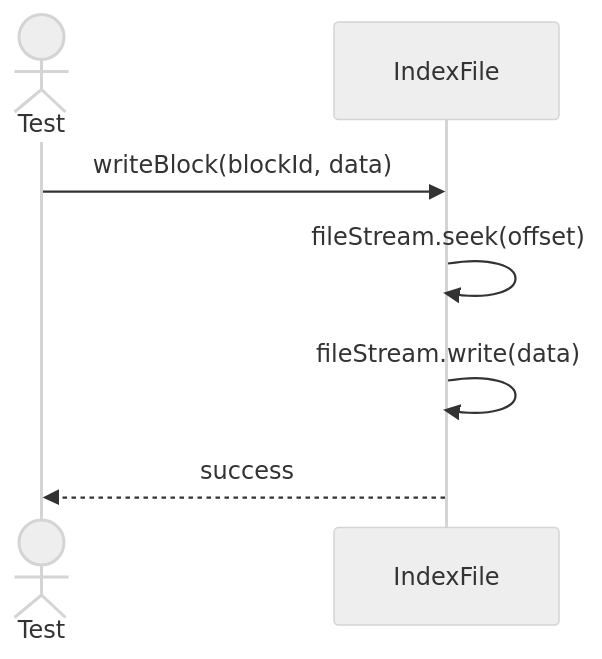
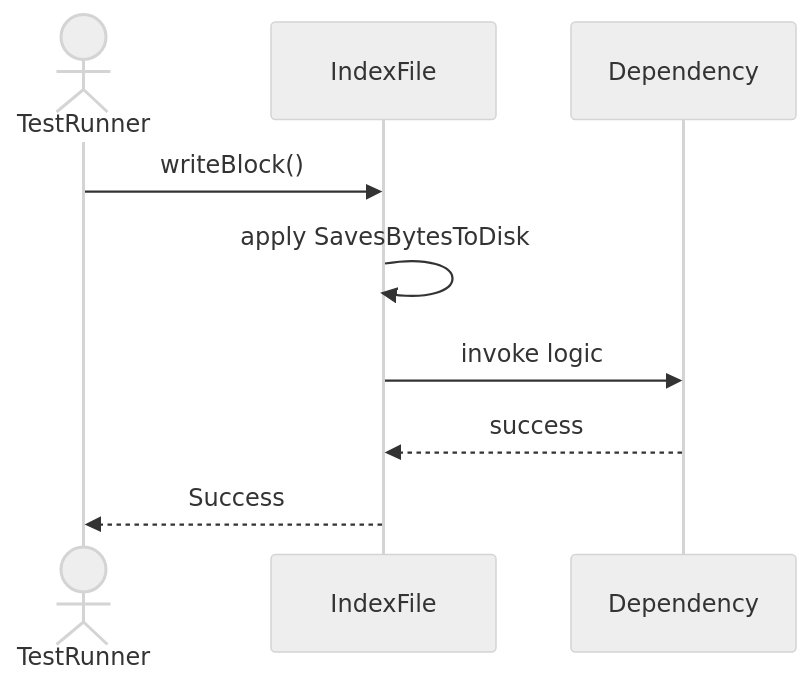
One commit to TamBui1706/DBMS changed the second of 5 diagrams in Sequences/StorageEngine/IndexFile.md. Above: the diagram before and after it, drawn with Mermaid (neutral theme). The commit also changed other lines of this file and 63 other files, not shown here.

Commit message:
Draw sequence diagram for unit tests

````diff
--- a/Sequences/StorageEngine/IndexFile.md
+++ b/Sequences/StorageEngine/IndexFile.md
@@ -26,10 +31,10 @@
 ```mermaid
 sequenceDiagram
-    actor Test
+    actor TestRunner
     participant IndexFile
-
-    Test->>IndexFile: writeBlock(blockId, data)
-    IndexFile->>IndexFile: fileStream.seek(offset)
-    IndexFile->>IndexFile: fileStream.write(data)
-    IndexFile-->>Test: success
+    TestRunner->>IndexFile: writeBlock()
+    IndexFile->>IndexFile: apply SavesBytesToDisk
+    IndexFile->>Dependency: invoke logic
+    Dependency-->>IndexFile: success
+    IndexFile-->>TestRunner: Success
 ```
````
